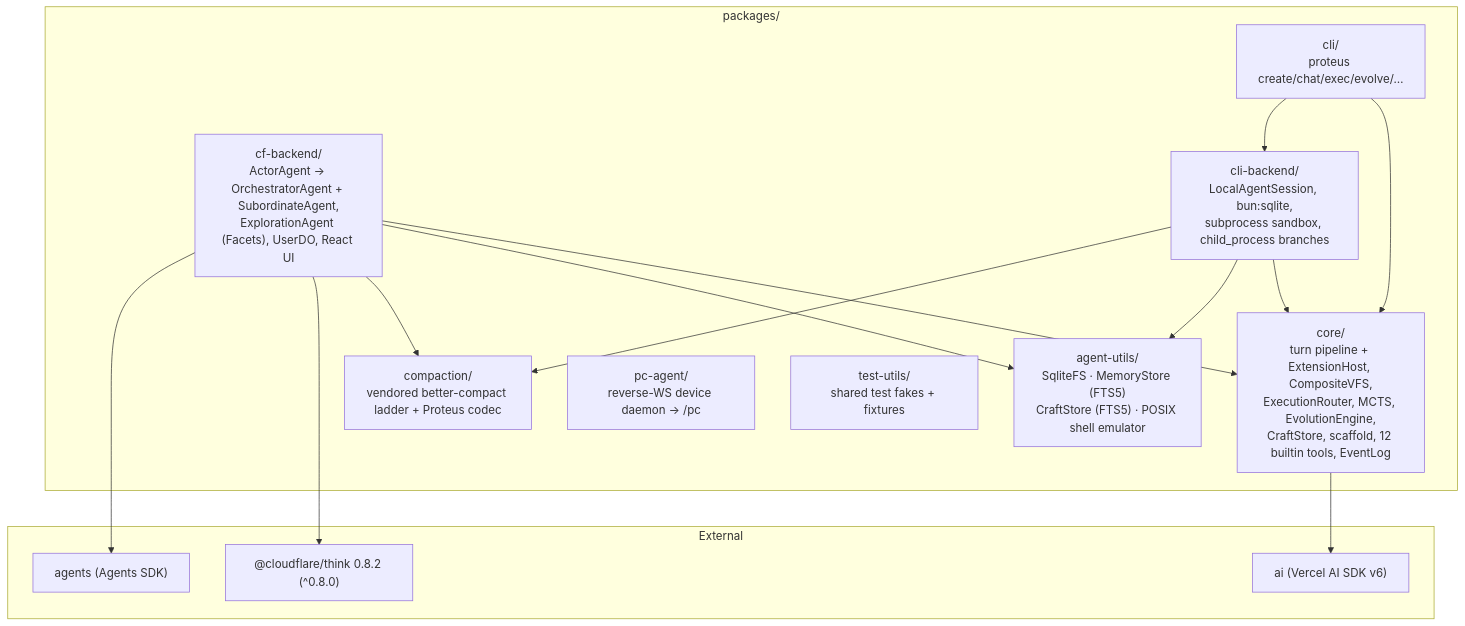
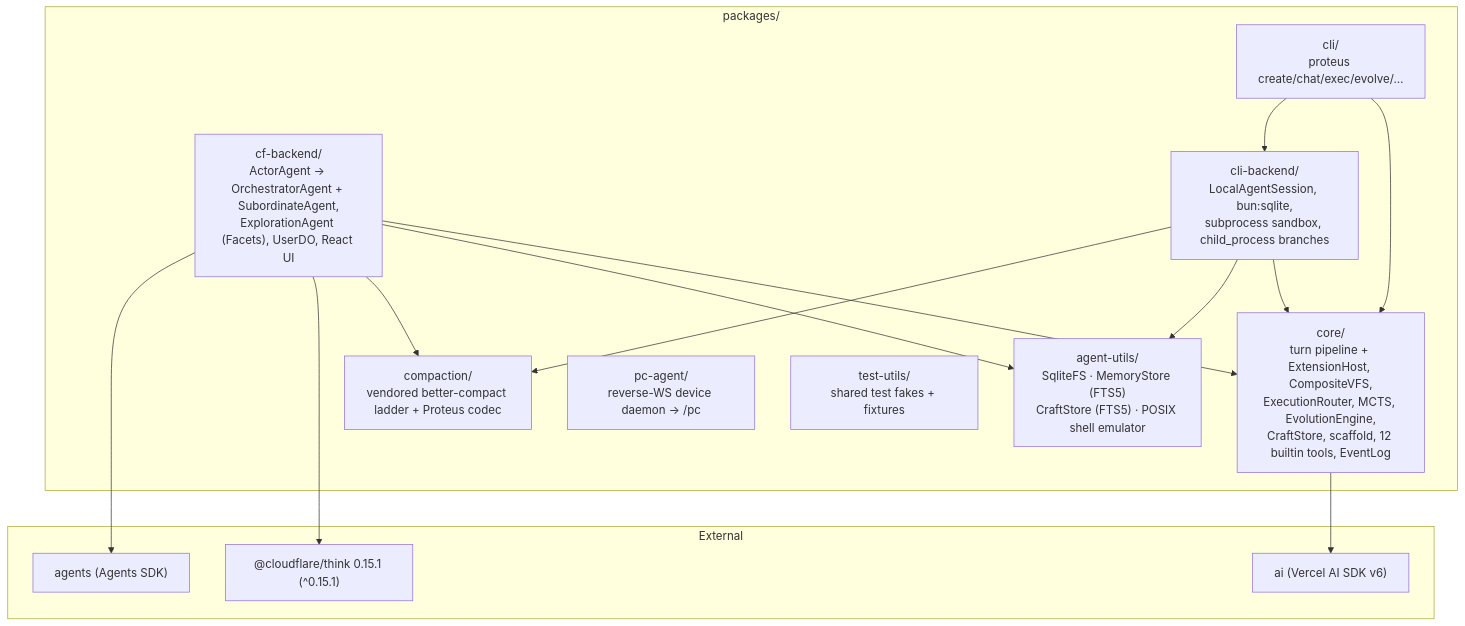
The fifth of 5 diagrams in docs/ARCHITECTURE.md (AshishKumar4/kinu), drawn with Mermaid before and after one commit. The commit also changed other lines of this file and 64 other files, not shown here.

````diff
--- a/docs/ARCHITECTURE.md
+++ b/docs/ARCHITECTURE.md
@@ -340,32 +340,32 @@
 ```mermaid
 graph TB
     subgraph pkgs["packages/"]
         Core["core/<br/>turn pipeline + ExtensionHost, CompositeVFS,<br/>ExecutionRouter, MCTS, EvolutionEngine,<br/>CraftStore, scaffold, 12 builtin tools, EventLog"]
         Utils["agent-utils/<br/>SqliteFS · MemoryStore (FTS5)<br/>CraftStore (FTS5) · POSIX shell emulator"]
         Compact["compaction/<br/>vendored better-compact ladder + Proteus codec"]
         CF["cf-backend/<br/>ActorAgent → OrchestratorAgent + SubordinateAgent,<br/>ExplorationAgent (Facets), UserDO, React UI"]
         CLI["cli/<br/>proteus create/chat/exec/evolve/…"]
         CLIB["cli-backend/<br/>LocalAgentSession, bun:sqlite,<br/>subprocess sandbox, child_process branches"]
         PC["pc-agent/<br/>reverse-WS device daemon → /pc"]
         TU["test-utils/<br/>shared test fakes + fixtures"]
     end
 
     CF --> Core
     CF --> Utils
     CF --> Compact
     CLI --> Core
     CLI --> CLIB
     CLIB --> Core
     CLIB --> Utils
     CLIB --> Compact
 
     subgraph ext["External"]
-        Think["@cloudflare/think 0.8.2 (^0.8.0)"]
+        Think["@cloudflare/think 0.15.1 (^0.15.1)"]
         Agents["agents (Agents SDK)"]
         AISDK["ai (Vercel AI SDK v6)"]
     end
 
     CF --> Think
     CF --> Agents
     Core --> AISDK
 ```
````
